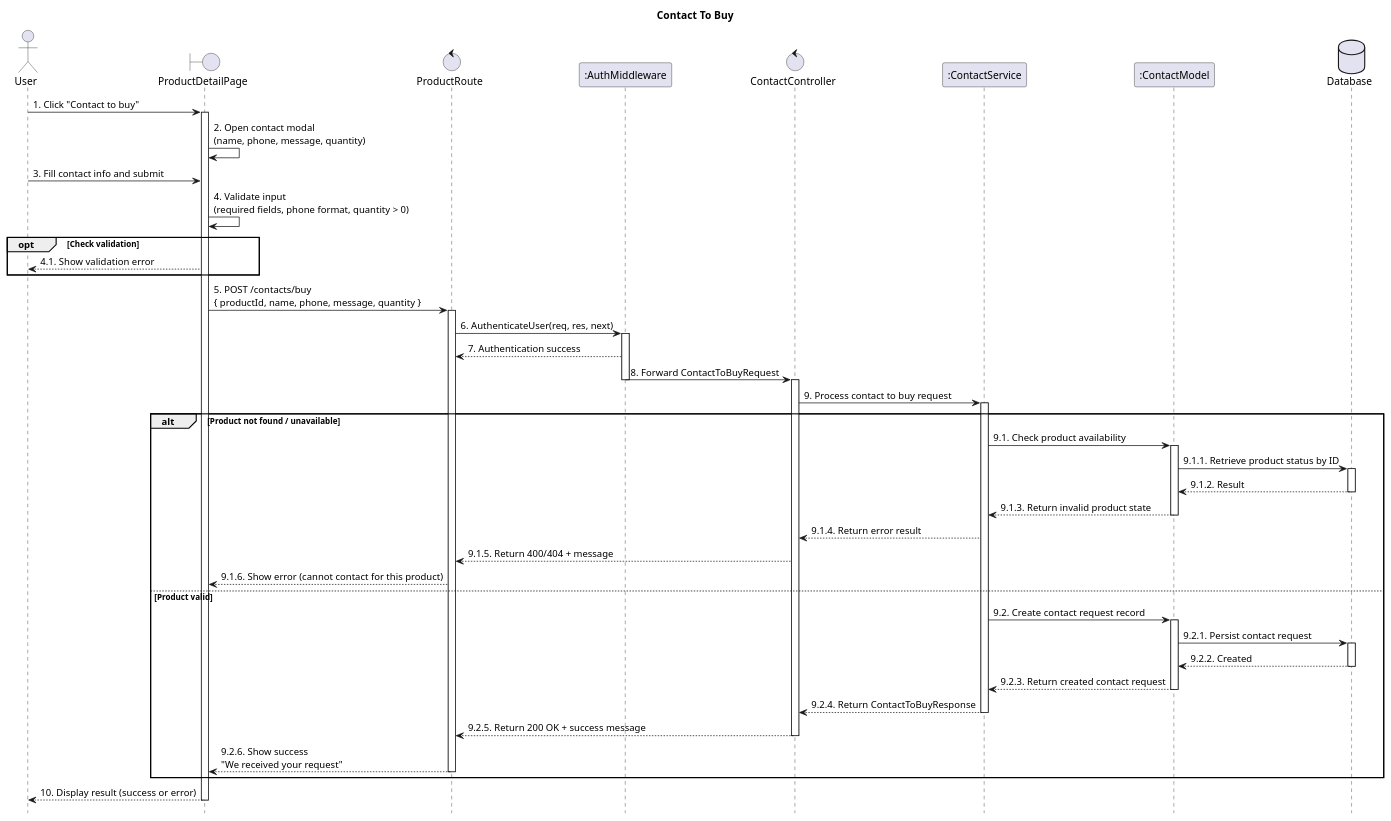
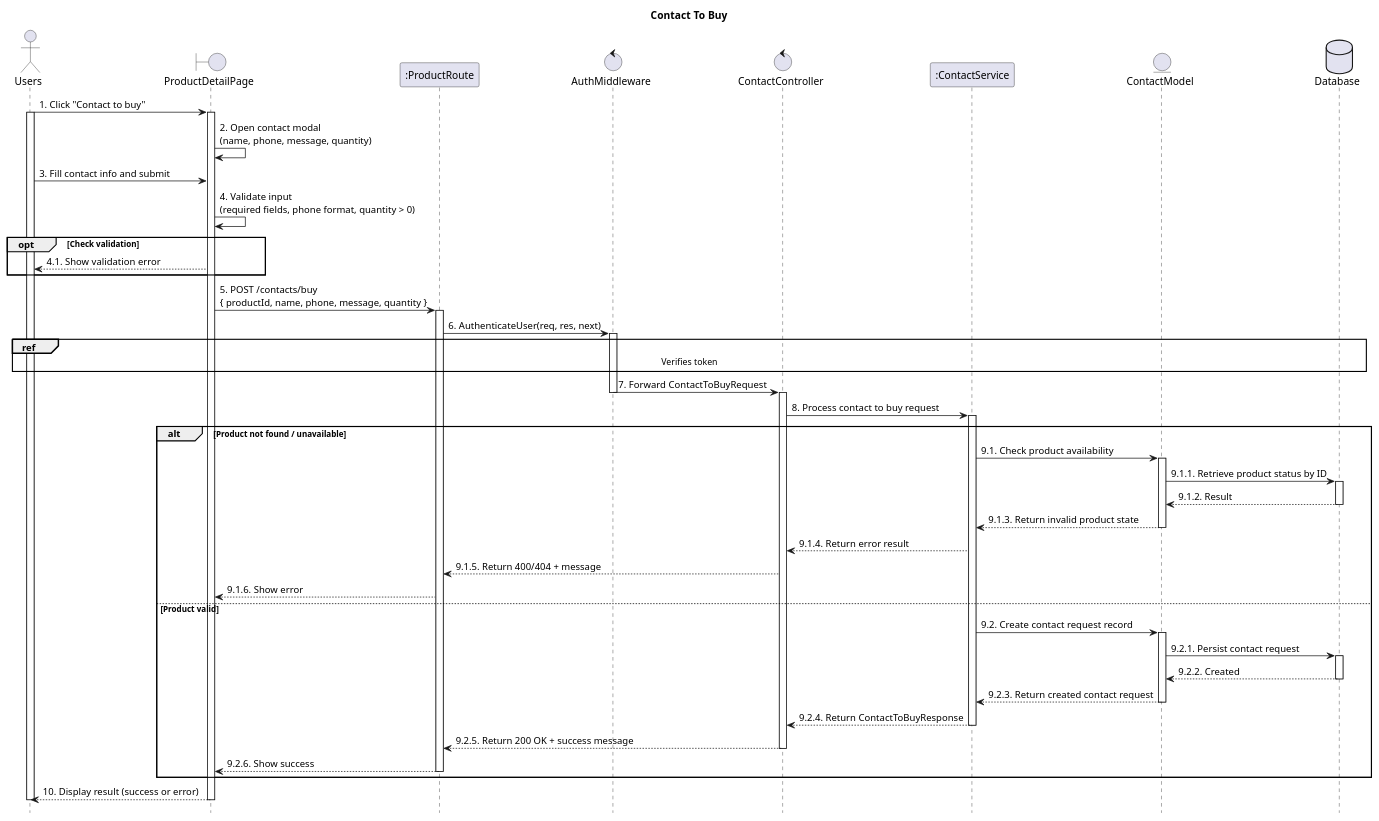
One commit to VietDurian/VietDurian changed the diagram in planuml/web/13.8_contactToBuy.puml. Above: the diagram before and after it, drawn with PlantUML. The commit also changed 29 other files, not shown here.

Commit message:
Adjust sequence for Web

```diff
--- a/planuml/web/13.8_contactToBuy.puml
+++ b/planuml/web/13.8_contactToBuy.puml
@@ -1,75 +1,77 @@
 @startuml 13.8_contactToBuy
 hide footbox
 title Contact To Buy
 
-actor User
+actor User as "Users"
 boundary ProductDetailPage as View
-control ProductRoute as Route
-participant ":AuthMiddleware" as Middleware
+participant ":ProductRoute" as Route
+control "AuthMiddleware" as Middleware
 control "ContactController" as Controller
 participant ":ContactService" as Service
-participant ":ContactModel" as Model
+entity "ContactModel" as Model
 database Database as Database
 
 User -> View : 1. Click "Contact to buy"
 activate View
+activate User
 View -> View : 2. Open contact modal\n(name, phone, message, quantity)
 
 User -> View : 3. Fill contact info and submit
 View -> View : 4. Validate input\n(required fields, phone format, quantity > 0)
 
 opt Check validation
     View --> User : 4.1. Show validation error
 end
 
     View -> Route : 5. POST /contacts/buy\n{ productId, name, phone, message, quantity }
     activate Route
 
     Route -> Middleware : 6. AuthenticateUser(req, res, next)
     activate Middleware
-    Middleware --> Route : 7. Authentication success
-    Middleware -> Controller : 8. Forward ContactToBuyRequest
+    ref over User, Database : Verifies token
+    Middleware -> Controller : 7. Forward ContactToBuyRequest
     deactivate Middleware
     activate Controller
 
-    Controller -> Service : 9. Process contact to buy request
+    Controller -> Service : 8. Process contact to buy request
     activate Service
 
 alt Product not found / unavailable
     Service -> Model : 9.1. Check product availability
     activate Model
 
     Model -> Database : 9.1.1. Retrieve product status by ID
     activate Database
     Database --> Model : 9.1.2. Result
     deactivate Database
 
     Model --> Service : 9.1.3. Return invalid product state
     deactivate Model
 
         Service --> Controller : 9.1.4. Return error result
         Controller --> Route : 9.1.5. Return 400/404 + message
-        Route --> View : 9.1.6. Show error (cannot contact for this product)
+        Route --> View : 9.1.6. Show error
 else Product valid
         Service -> Model : 9.2. Create contact request record
         activate Model
 
         Model -> Database : 9.2.1. Persist contact request
         activate Database
         Database --> Model : 9.2.2. Created
         deactivate Database
 
         Model --> Service : 9.2.3. Return created contact request
         deactivate Model
 
         Service --> Controller : 9.2.4. Return ContactToBuyResponse
         deactivate Service
         Controller --> Route : 9.2.5. Return 200 OK + success message
         deactivate Controller
-        Route --> View : 9.2.6. Show success\n"We received your request"
+        Route --> View : 9.2.6. Show success
         deactivate Route
 end
 
 View --> User : 10. Display result (success or error)
 deactivate View
+deactivate User
 @enduml
```
